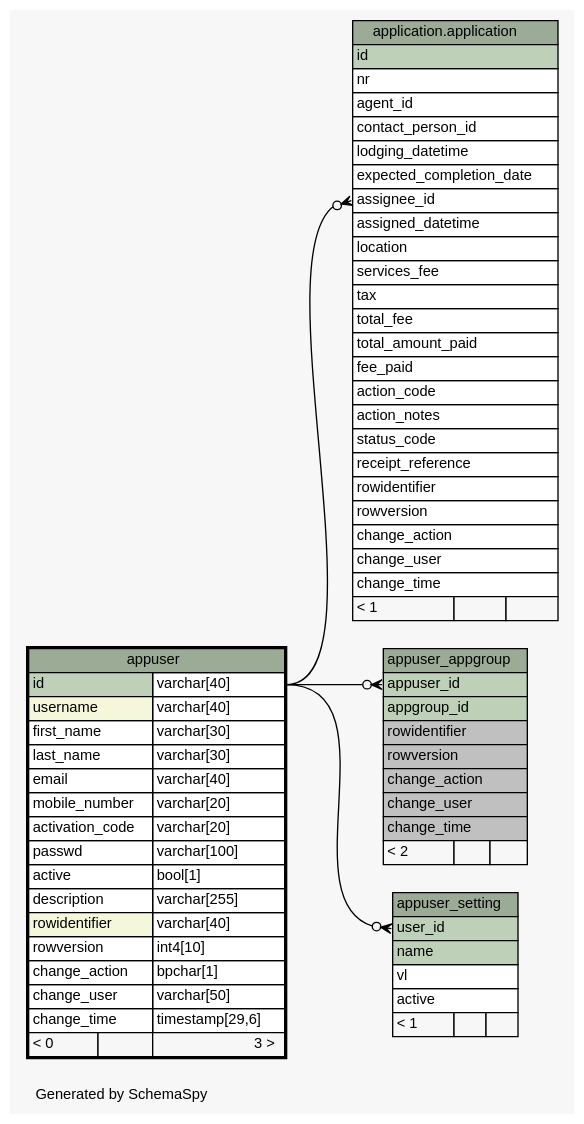
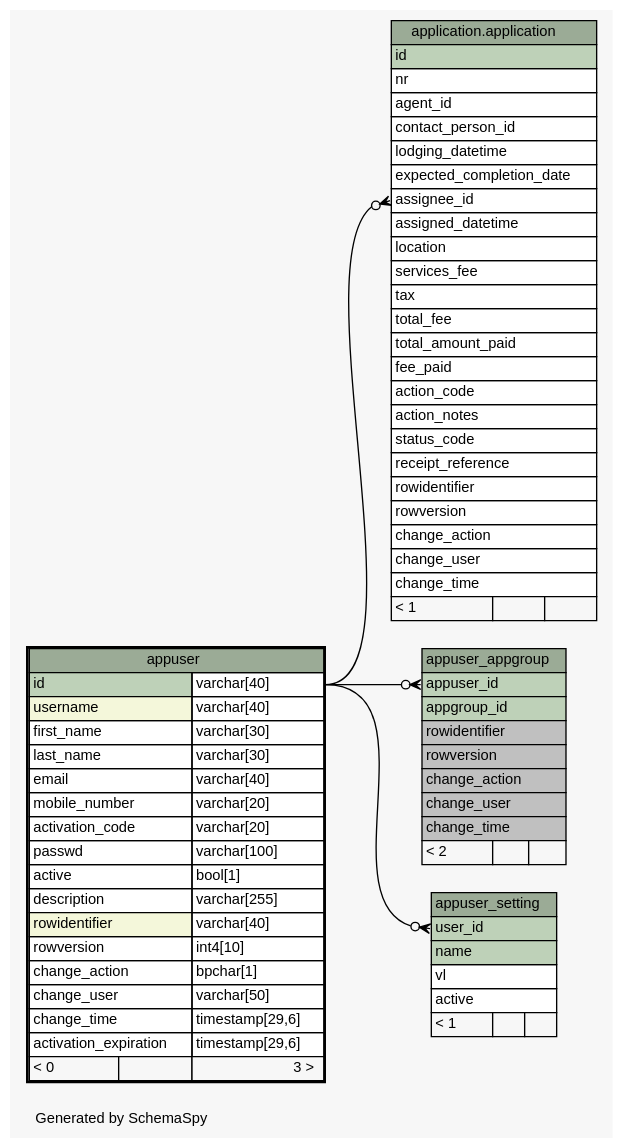
The diagram in doc/system/diagrams/appuser.1degree.dot (SOLA-FAO/database_sola), drawn with Graphviz before and after one commit. The commit also changed 570 other files, not shown here.

First line of the commit message:
Data and schema updates [#420]

```diff
--- a/doc/system/diagrams/appuser.1degree.dot
+++ b/doc/system/diagrams/appuser.1degree.dot
@@ -1,110 +1,111 @@
-// dot 2.36.0 on Windows 8 6.2
+// dot 2.36.0 on Windows 7 6.1
 // SchemaSpy rev 590
 digraph "oneDegreeRelationshipsDiagram" {
   graph [
     rankdir="RL"
     bgcolor="#f7f7f7"
     label="\nGenerated by SchemaSpy"
     labeljust="l"
     nodesep="0.18"
     ranksep="0.46"
     fontname="Helvetica"
     fontsize="11"
   ];
   node [
     fontname="Helvetica"
     fontsize="11"
     shape="plaintext"
   ];
   edge [
     arrowsize="0.8"
   ];
   "application.application":"assignee_id":w -> "appuser":"id.type":e [arrowhead=none dir=back arrowtail=crowodot];
   "appuser_appgroup":"appuser_id":w -> "appuser":"id.type":e [arrowhead=none dir=back arrowtail=crowodot];
   "appuser_setting":"user_id":w -> "appuser":"id.type":e [arrowhead=none dir=back arrowtail=crowodot];
   "application.application" [
     label=<
     <TABLE BORDER="0" CELLBORDER="1" CELLSPACING="0" BGCOLOR="#ffffff">
       <TR><TD COLSPAN="3" BGCOLOR="#9bab96" ALIGN="CENTER">application.application</TD></TR>
       <TR><TD PORT="id" COLSPAN="3" BGCOLOR="#bed1b8" ALIGN="LEFT">id</TD></TR>
       <TR><TD PORT="nr" COLSPAN="3" ALIGN="LEFT">nr</TD></TR>
       <TR><TD PORT="agent_id" COLSPAN="3" ALIGN="LEFT">agent_id</TD></TR>
       <TR><TD PORT="contact_person_id" COLSPAN="3" ALIGN="LEFT">contact_person_id</TD></TR>
       <TR><TD PORT="lodging_datetime" COLSPAN="3" ALIGN="LEFT">lodging_datetime</TD></TR>
       <TR><TD PORT="expected_completion_date" COLSPAN="3" ALIGN="LEFT">expected_completion_date</TD></TR>
       <TR><TD PORT="assignee_id" COLSPAN="3" ALIGN="LEFT">assignee_id</TD></TR>
       <TR><TD PORT="assigned_datetime" COLSPAN="3" ALIGN="LEFT">assigned_datetime</TD></TR>
       <TR><TD PORT="location" COLSPAN="3" ALIGN="LEFT">location</TD></TR>
       <TR><TD PORT="services_fee" COLSPAN="3" ALIGN="LEFT">services_fee</TD></TR>
       <TR><TD PORT="tax" COLSPAN="3" ALIGN="LEFT">tax</TD></TR>
       <TR><TD PORT="total_fee" COLSPAN="3" ALIGN="LEFT">total_fee</TD></TR>
       <TR><TD PORT="total_amount_paid" COLSPAN="3" ALIGN="LEFT">total_amount_paid</TD></TR>
       <TR><TD PORT="fee_paid" COLSPAN="3" ALIGN="LEFT">fee_paid</TD></TR>
       <TR><TD PORT="action_code" COLSPAN="3" ALIGN="LEFT">action_code</TD></TR>
       <TR><TD PORT="action_notes" COLSPAN="3" ALIGN="LEFT">action_notes</TD></TR>
       <TR><TD PORT="status_code" COLSPAN="3" ALIGN="LEFT">status_code</TD></TR>
       <TR><TD PORT="receipt_reference" COLSPAN="3" ALIGN="LEFT">receipt_reference</TD></TR>
       <TR><TD PORT="rowidentifier" COLSPAN="3" ALIGN="LEFT">rowidentifier</TD></TR>
       <TR><TD PORT="rowversion" COLSPAN="3" ALIGN="LEFT">rowversion</TD></TR>
       <TR><TD PORT="change_action" COLSPAN="3" ALIGN="LEFT">change_action</TD></TR>
       <TR><TD PORT="change_user" COLSPAN="3" ALIGN="LEFT">change_user</TD></TR>
       <TR><TD PORT="change_time" COLSPAN="3" ALIGN="LEFT">change_time</TD></TR>
       <TR><TD ALIGN="LEFT" BGCOLOR="#f7f7f7">&lt; 1</TD><TD ALIGN="RIGHT" BGCOLOR="#f7f7f7">  </TD><TD ALIGN="RIGHT" BGCOLOR="#f7f7f7">  </TD></TR>
     </TABLE>>
     URL="../../application/tables/application.html"
     tooltip="application.application"
   ];
   "appuser" [
     label=<
     <TABLE BORDER="2" CELLBORDER="1" CELLSPACING="0" BGCOLOR="#ffffff">
       <TR><TD COLSPAN="3" BGCOLOR="#9bab96" ALIGN="CENTER">appuser</TD></TR>
       <TR><TD PORT="id" COLSPAN="2" BGCOLOR="#bed1b8" ALIGN="LEFT">id</TD><TD PORT="id.type" ALIGN="LEFT">varchar[40]</TD></TR>
       <TR><TD PORT="username" COLSPAN="2" BGCOLOR="#f4f7da" ALIGN="LEFT">username</TD><TD PORT="username.type" ALIGN="LEFT">varchar[40]</TD></TR>
       <TR><TD PORT="first_name" COLSPAN="2" ALIGN="LEFT">first_name</TD><TD PORT="first_name.type" ALIGN="LEFT">varchar[30]</TD></TR>
       <TR><TD PORT="last_name" COLSPAN="2" ALIGN="LEFT">last_name</TD><TD PORT="last_name.type" ALIGN="LEFT">varchar[30]</TD></TR>
       <TR><TD PORT="email" COLSPAN="2" ALIGN="LEFT">email</TD><TD PORT="email.type" ALIGN="LEFT">varchar[40]</TD></TR>
       <TR><TD PORT="mobile_number" COLSPAN="2" ALIGN="LEFT">mobile_number</TD><TD PORT="mobile_number.type" ALIGN="LEFT">varchar[20]</TD></TR>
       <TR><TD PORT="activation_code" COLSPAN="2" ALIGN="LEFT">activation_code</TD><TD PORT="activation_code.type" ALIGN="LEFT">varchar[20]</TD></TR>
       <TR><TD PORT="passwd" COLSPAN="2" ALIGN="LEFT">passwd</TD><TD PORT="passwd.type" ALIGN="LEFT">varchar[100]</TD></TR>
       <TR><TD PORT="active" COLSPAN="2" ALIGN="LEFT">active</TD><TD PORT="active.type" ALIGN="LEFT">bool[1]</TD></TR>
       <TR><TD PORT="description" COLSPAN="2" ALIGN="LEFT">description</TD><TD PORT="description.type" ALIGN="LEFT">varchar[255]</TD></TR>
       <TR><TD PORT="rowidentifier" COLSPAN="2" BGCOLOR="#f4f7da" ALIGN="LEFT">rowidentifier</TD><TD PORT="rowidentifier.type" ALIGN="LEFT">varchar[40]</TD></TR>
       <TR><TD PORT="rowversion" COLSPAN="2" ALIGN="LEFT">rowversion</TD><TD PORT="rowversion.type" ALIGN="LEFT">int4[10]</TD></TR>
       <TR><TD PORT="change_action" COLSPAN="2" ALIGN="LEFT">change_action</TD><TD PORT="change_action.type" ALIGN="LEFT">bpchar[1]</TD></TR>
       <TR><TD PORT="change_user" COLSPAN="2" ALIGN="LEFT">change_user</TD><TD PORT="change_user.type" ALIGN="LEFT">varchar[50]</TD></TR>
       <TR><TD PORT="change_time" COLSPAN="2" ALIGN="LEFT">change_time</TD><TD PORT="change_time.type" ALIGN="LEFT">timestamp[29,6]</TD></TR>
+      <TR><TD PORT="activation_expiration" COLSPAN="2" ALIGN="LEFT">activation_expiration</TD><TD PORT="activation_expiration.type" ALIGN="LEFT">timestamp[29,6]</TD></TR>
       <TR><TD ALIGN="LEFT" BGCOLOR="#f7f7f7">&lt; 0</TD><TD ALIGN="RIGHT" BGCOLOR="#f7f7f7">  </TD><TD ALIGN="RIGHT" BGCOLOR="#f7f7f7">3 &gt;</TD></TR>
     </TABLE>>
     URL="appuser.html"
     tooltip="appuser"
   ];
   "appuser_appgroup" [
     label=<
     <TABLE BORDER="0" CELLBORDER="1" CELLSPACING="0" BGCOLOR="#ffffff">
       <TR><TD COLSPAN="3" BGCOLOR="#9bab96" ALIGN="CENTER">appuser_appgroup</TD></TR>
       <TR><TD PORT="appuser_id" COLSPAN="3" BGCOLOR="#bed1b8" ALIGN="LEFT">appuser_id</TD></TR>
       <TR><TD PORT="appgroup_id" COLSPAN="3" BGCOLOR="#bed1b8" ALIGN="LEFT">appgroup_id</TD></TR>
       <TR><TD PORT="rowidentifier" COLSPAN="3" BGCOLOR="#c0c0c0" ALIGN="LEFT">rowidentifier</TD></TR>
       <TR><TD PORT="rowversion" COLSPAN="3" BGCOLOR="#c0c0c0" ALIGN="LEFT">rowversion</TD></TR>
       <TR><TD PORT="change_action" COLSPAN="3" BGCOLOR="#c0c0c0" ALIGN="LEFT">change_action</TD></TR>
       <TR><TD PORT="change_user" COLSPAN="3" BGCOLOR="#c0c0c0" ALIGN="LEFT">change_user</TD></TR>
       <TR><TD PORT="change_time" COLSPAN="3" BGCOLOR="#c0c0c0" ALIGN="LEFT">change_time</TD></TR>
       <TR><TD ALIGN="LEFT" BGCOLOR="#f7f7f7">&lt; 2</TD><TD ALIGN="RIGHT" BGCOLOR="#f7f7f7">  </TD><TD ALIGN="RIGHT" BGCOLOR="#f7f7f7">  </TD></TR>
     </TABLE>>
     URL="appuser_appgroup.html"
     tooltip="appuser_appgroup"
   ];
   "appuser_setting" [
     label=<
     <TABLE BORDER="0" CELLBORDER="1" CELLSPACING="0" BGCOLOR="#ffffff">
       <TR><TD COLSPAN="3" BGCOLOR="#9bab96" ALIGN="CENTER">appuser_setting</TD></TR>
       <TR><TD PORT="user_id" COLSPAN="3" BGCOLOR="#bed1b8" ALIGN="LEFT">user_id</TD></TR>
       <TR><TD PORT="name" COLSPAN="3" BGCOLOR="#bed1b8" ALIGN="LEFT">name</TD></TR>
       <TR><TD PORT="vl" COLSPAN="3" ALIGN="LEFT">vl</TD></TR>
       <TR><TD PORT="active" COLSPAN="3" ALIGN="LEFT">active</TD></TR>
       <TR><TD ALIGN="LEFT" BGCOLOR="#f7f7f7">&lt; 1</TD><TD ALIGN="RIGHT" BGCOLOR="#f7f7f7">  </TD><TD ALIGN="RIGHT" BGCOLOR="#f7f7f7">  </TD></TR>
     </TABLE>>
     URL="appuser_setting.html"
     tooltip="appuser_setting"
   ];
 }
```
